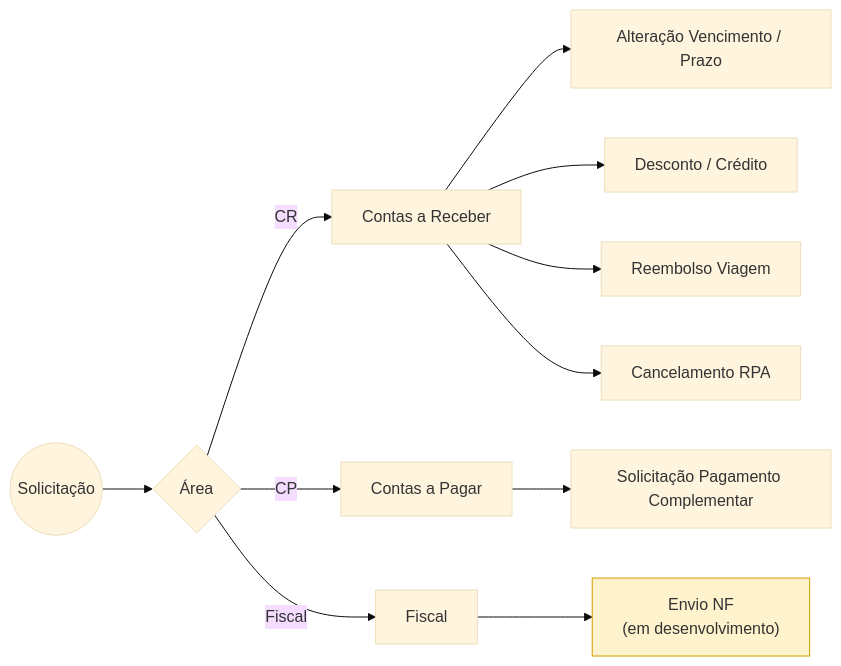
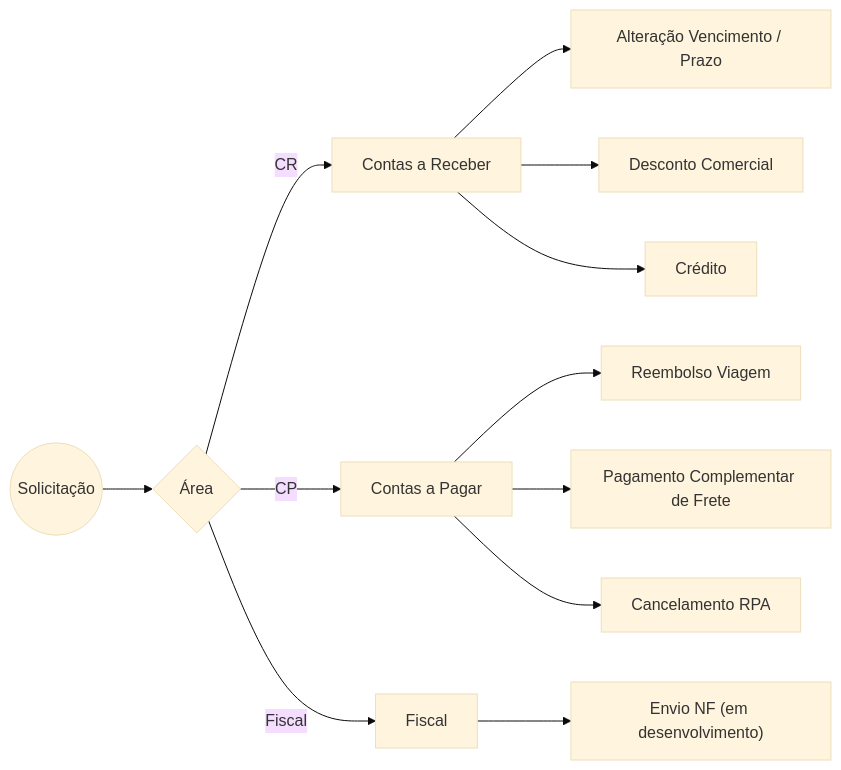
One commit to elofavoritos-glitch/fluxograma-financeiro-elo changed the diagram in fluxogramas/00-visao-geral.md. Above: the diagram before and after it, drawn with Mermaid (base theme). The commit also changed other lines of this file and 8 other files, not shown here.

Commit message:
Complementa fluxos com as anotações do caderno: Crédito separado, Reembolso com despesas, alçadas corrigidas, CR/CP corrigidos

````diff
--- a/fluxogramas/00-visao-geral.md
+++ b/fluxogramas/00-visao-geral.md
@@ -6,20 +3,14 @@
 ```mermaid
 flowchart LR
     START((Solicitação)) --> ROUTER{Área}
-
     ROUTER -->|CR| CR[Contas a Receber]
     ROUTER -->|CP| CP[Contas a Pagar]
     ROUTER -->|Fiscal| FISCAL[Fiscal]
-
     CR --> ALT[Alteração Vencimento / Prazo]
-    CR --> DESC[Desconto / Crédito]
-    CR --> REEMB[Reembolso Viagem]
-    CR --> CANC[Cancelamento RPA]
-
-    CP --> SOLIC[Solicitação Pagamento Complementar]
-
-    FISCAL --> NF["Envio NF<br/>(em desenvolvimento)"]
-
-    classDef dev fill:#fff3cd,stroke:#d39e00;
-    class NF dev;
+    CR --> DESC[Desconto Comercial]
+    CR --> CRED[Crédito]
+    CP --> REEMB[Reembolso Viagem]
+    CP --> SOLIC[Pagamento Complementar de Frete]
+    CP --> CANC[Cancelamento RPA]
+    FISCAL --> NF["Envio NF (em desenvolvimento)"]
 ```
````
